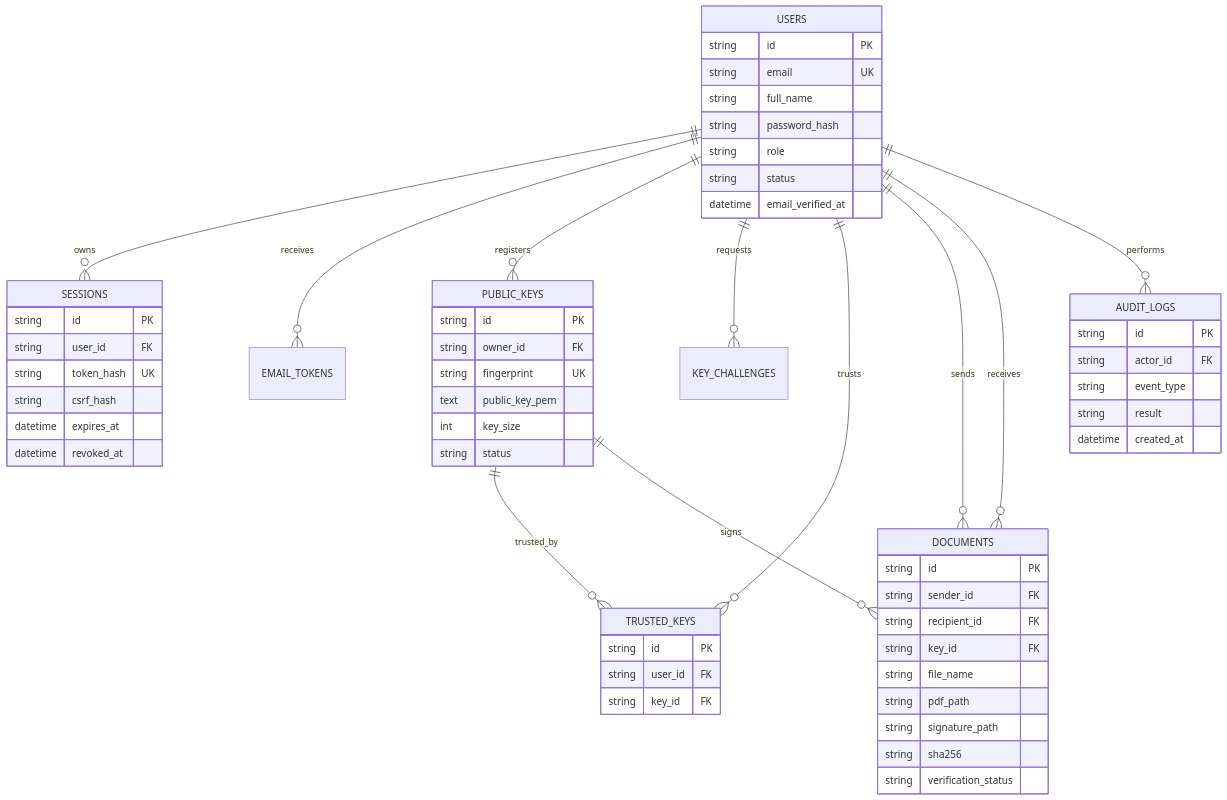
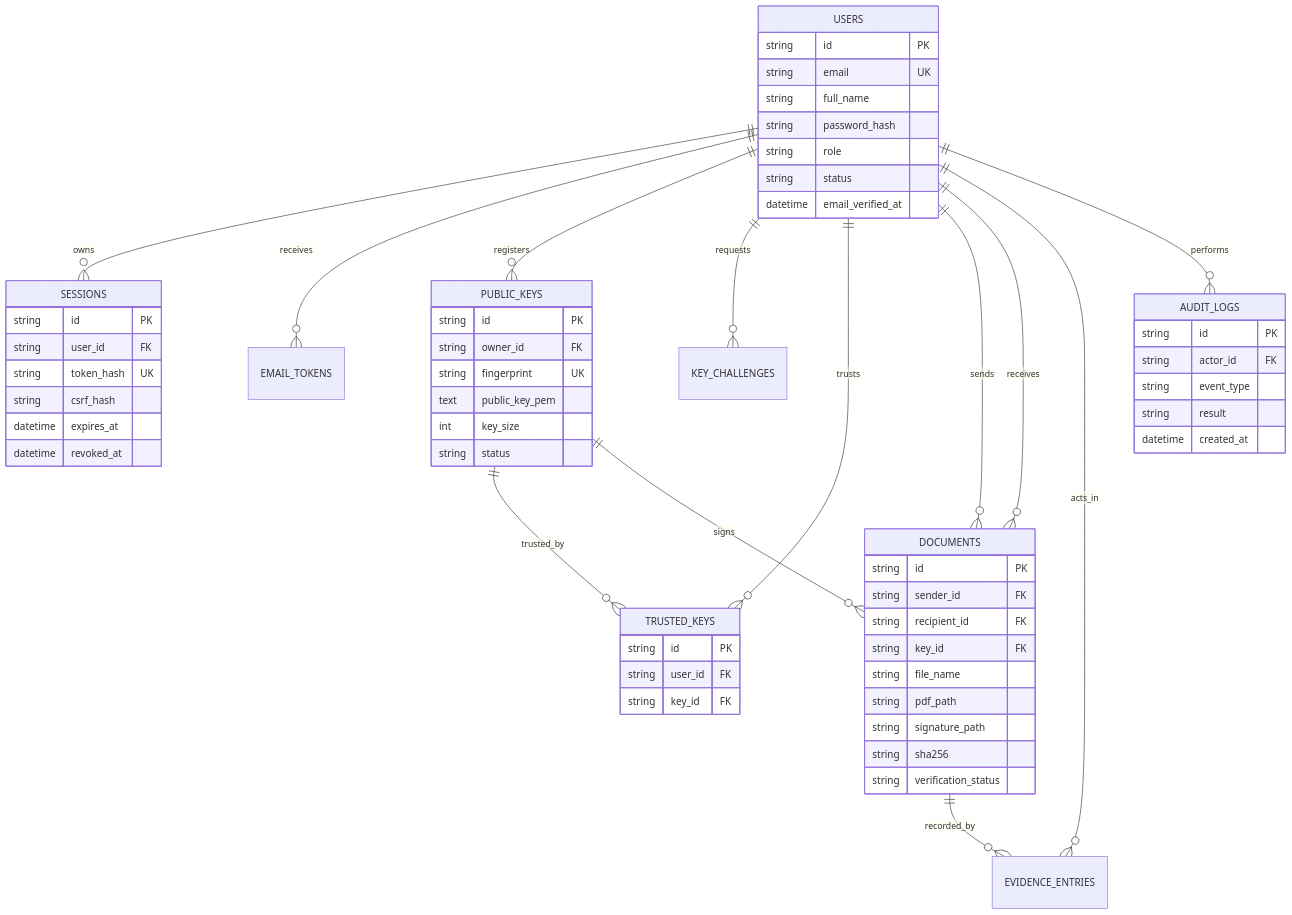
The second of 4 diagrams in docs/ARCHITECTURE.md (thanhtu-nguyen/PDF-Digital-Signature), drawn with Mermaid before and after one commit. The commit also changed other lines of this file and 32 other files, not shown here.

````diff
--- a/docs/ARCHITECTURE.md
+++ b/docs/ARCHITECTURE.md
@@ -30,62 +30,64 @@
 ```mermaid
 erDiagram
     USERS ||--o{ SESSIONS : owns
     USERS ||--o{ EMAIL_TOKENS : receives
     USERS ||--o{ PUBLIC_KEYS : registers
     USERS ||--o{ KEY_CHALLENGES : requests
     USERS ||--o{ TRUSTED_KEYS : trusts
     PUBLIC_KEYS ||--o{ TRUSTED_KEYS : trusted_by
     USERS ||--o{ DOCUMENTS : sends
     USERS ||--o{ DOCUMENTS : receives
     PUBLIC_KEYS ||--o{ DOCUMENTS : signs
+    USERS ||--o{ EVIDENCE_ENTRIES : acts_in
+    DOCUMENTS ||--o{ EVIDENCE_ENTRIES : recorded_by
     USERS ||--o{ AUDIT_LOGS : performs
 
     USERS {
       string id PK
       string email UK
       string full_name
       string password_hash
       string role
       string status
       datetime email_verified_at
     }
     SESSIONS {
       string id PK
       string user_id FK
       string token_hash UK
       string csrf_hash
       datetime expires_at
       datetime revoked_at
     }
     PUBLIC_KEYS {
       string id PK
       string owner_id FK
       string fingerprint UK
       text public_key_pem
       int key_size
       string status
     }
     TRUSTED_KEYS {
       string id PK
       string user_id FK
       string key_id FK
     }
     DOCUMENTS {
       string id PK
       string sender_id FK
       string recipient_id FK
       string key_id FK
       string file_name
       string pdf_path
       string signature_path
       string sha256
       string verification_status
     }
     AUDIT_LOGS {
       string id PK
       string actor_id FK
       string event_type
       string result
       datetime created_at
     }
 ```
````
